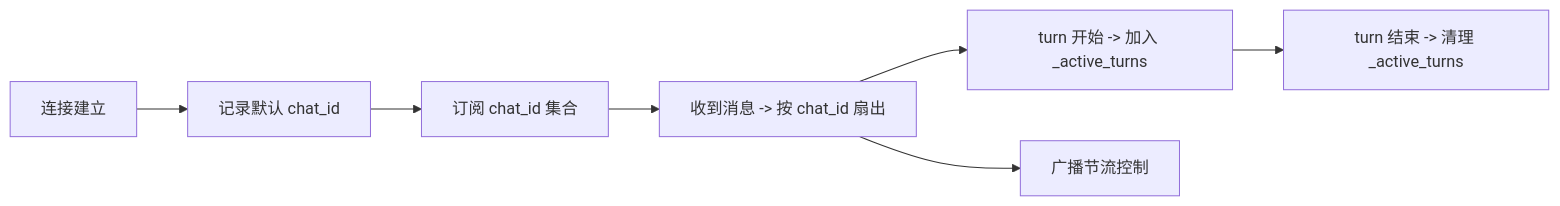
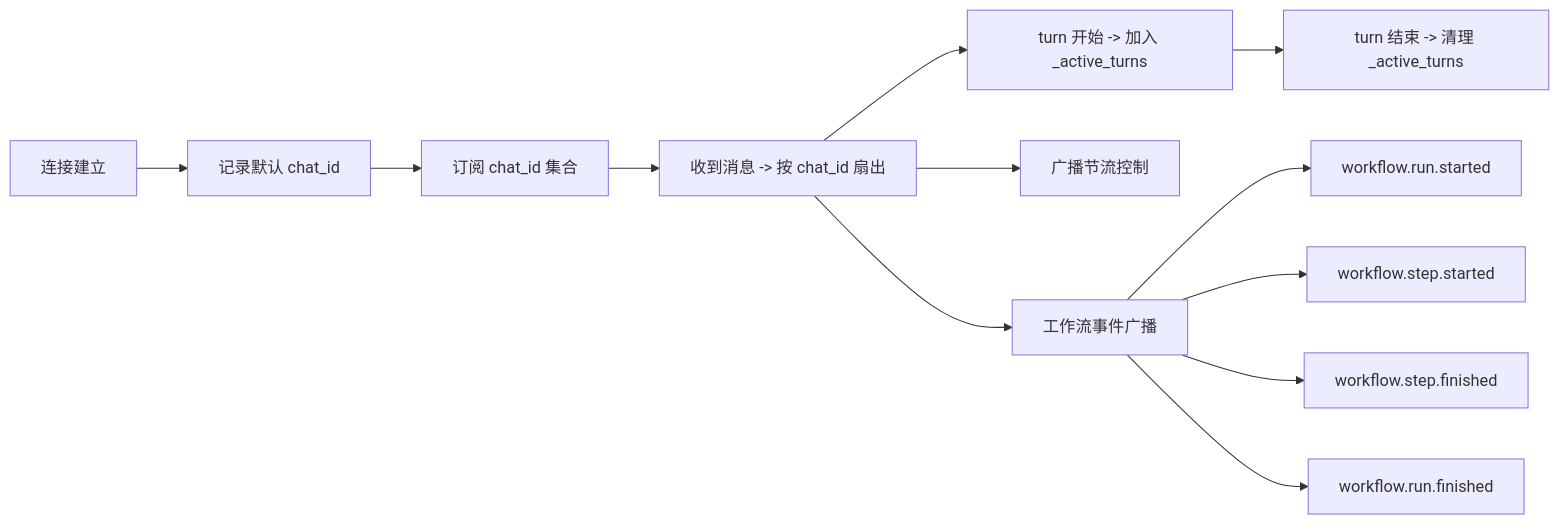
The sixth of 10 diagrams in .qoder/repowiki/zh/content/API服务设计/WebSocket通信.md (gongzeq/VAPT3), drawn with Mermaid before and after one commit. The commit also changed other lines of this file and 33 other files, not shown here.

````diff
--- a/.qoder/repowiki/zh/content/API服务设计/WebSocket通信.md
+++ b/.qoder/repowiki/zh/content/API服务设计/WebSocket通信.md
@@ -261,9 +339,14 @@
 ```mermaid
 flowchart LR
 A["连接建立"] --> B["记录默认 chat_id"]
 B --> C["订阅 chat_id 集合"]
 C --> D["收到消息 -> 按 chat_id 扇出"]
 D --> E["turn 开始 -> 加入 _active_turns"]
 E --> F["turn 结束 -> 清理 _active_turns"]
 D --> G["广播节流控制"]
+D --> H["工作流事件广播"]
+H --> I["workflow.run.started"]
+H --> J["workflow.step.started"]
+H --> K["workflow.step.finished"]
+H --> L["workflow.run.finished"]
 ```
````
